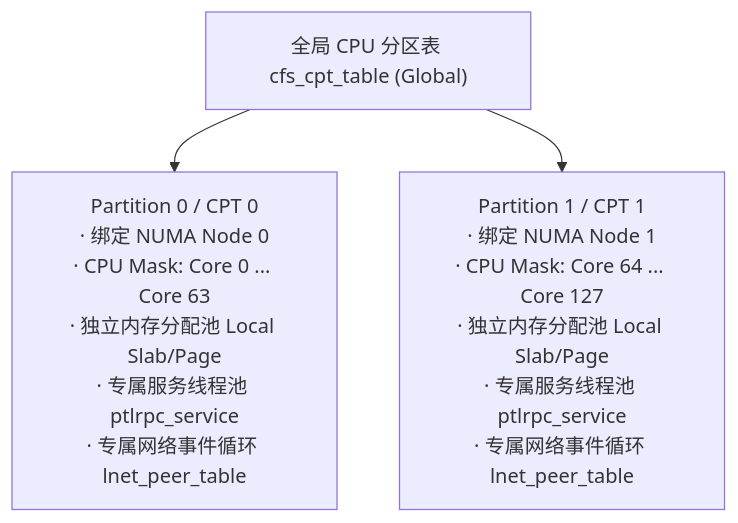
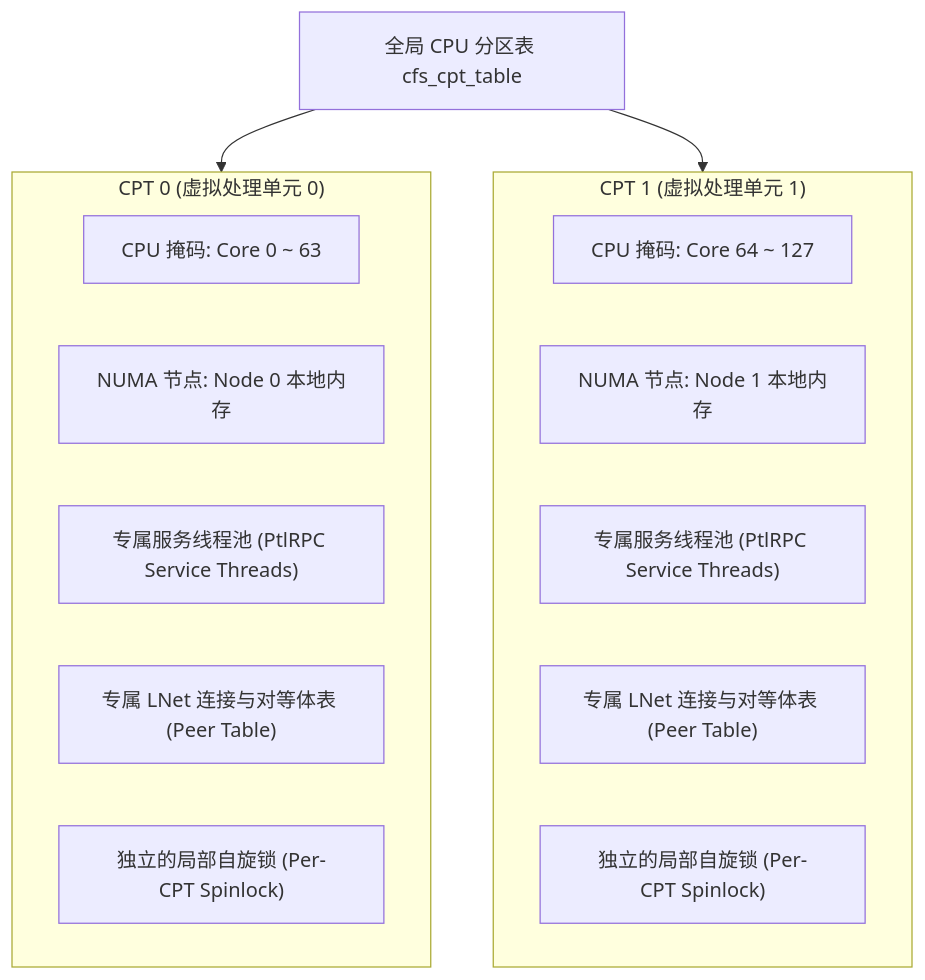
Before and after one commit to lilinji/lustre-book: the second of 5 diagrams in part-01-foundation/01-libcfs.md, drawn with Mermaid. The commit also changed other lines of this file and 227 other files, not shown here.

First line of the commit message:
feat: complete 29-chapter rewrite with 75 diagrams and new GPT-style white book cover

````diff
--- a/part-01-foundation/01-libcfs.md
+++ b/part-01-foundation/01-libcfs.md
@@ -47,6 +54,23 @@
 ```mermaid
 flowchart TD
-    TABLE["全局 CPU 分区表 cfs_cpt_table (Global)"]
-    TABLE --> CPT0["Partition 0 / CPT 0<br/>· 绑定 NUMA Node 0<br/>· CPU Mask: Core 0 ... Core 63<br/>· 独立内存分配池 Local Slab/Page<br/>· 专属服务线程池 ptlrpc_service<br/>· 专属网络事件循环 lnet_peer_table"]
-    TABLE --> CPT1["Partition 1 / CPT 1<br/>· 绑定 NUMA Node 1<br/>· CPU Mask: Core 64 ... Core 127<br/>· 独立内存分配池 Local Slab/Page<br/>· 专属服务线程池 ptlrpc_service<br/>· 专属网络事件循环 lnet_peer_table"]
+    GLOBAL["全局 CPU 分区表 cfs_cpt_table"]
+    
+    subgraph CPT_0 ["CPT 0 (虚拟处理单元 0)"]
+        M0["CPU 掩码: Core 0 ~ 63"]
+        N0["NUMA 节点: Node 0 本地内存"]
+        P0["专属服务线程池 (PtlRPC Service Threads)"]
+        L0["专属 LNet 连接与对等体表 (Peer Table)"]
+        S0["独立的局部自旋锁 (Per-CPT Spinlock)"]
+    end
+
+    subgraph CPT_1 ["CPT 1 (虚拟处理单元 1)"]
+        M1["CPU 掩码: Core 64 ~ 127"]
+        N1["NUMA 节点: Node 1 本地内存"]
+        P1["专属服务线程池 (PtlRPC Service Threads)"]
+        L1["专属 LNet 连接与对等体表 (Peer Table)"]
+        S1["独立的局部自旋锁 (Per-CPT Spinlock)"]
+    end
+
+    GLOBAL --> CPT_0
+    GLOBAL --> CPT_1
 ```
````
